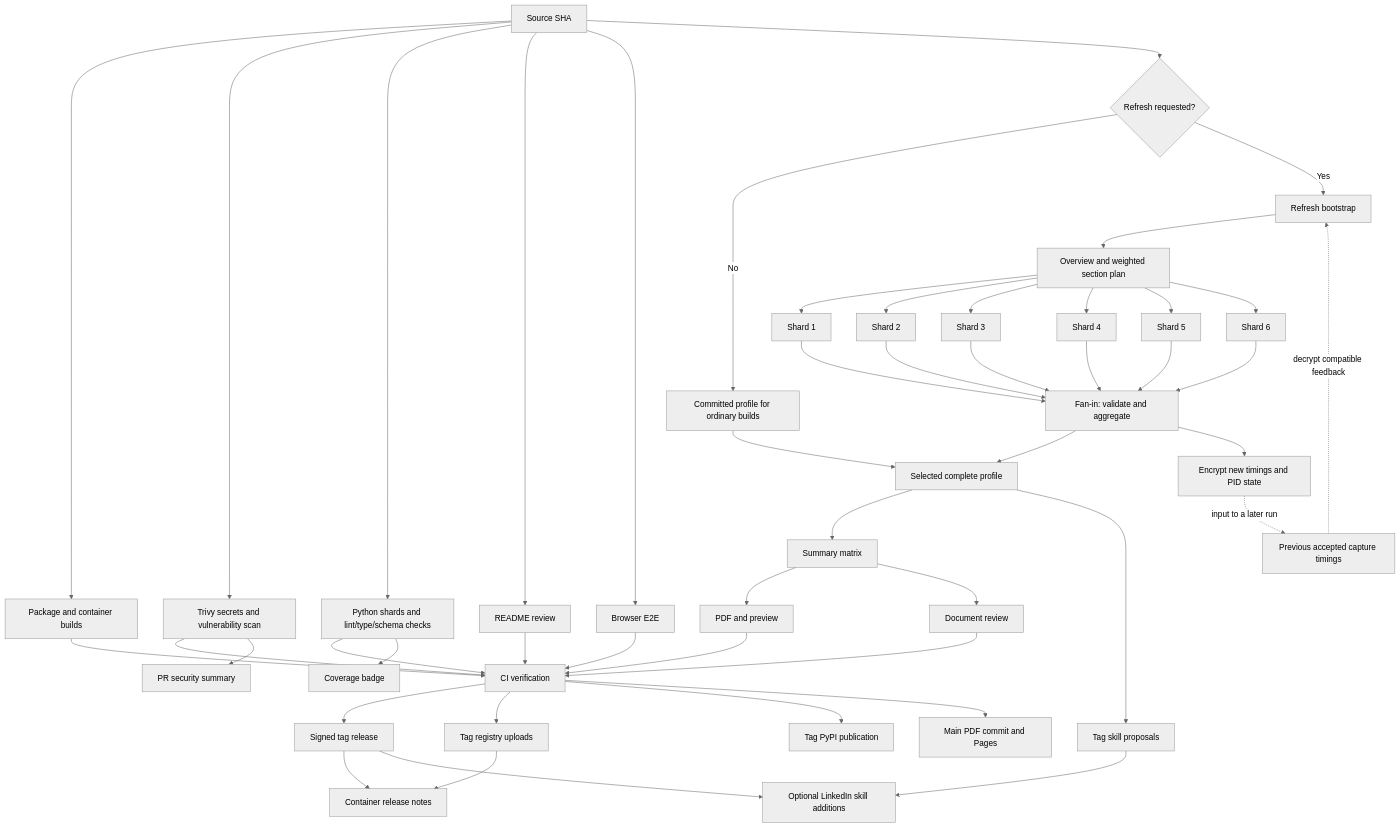
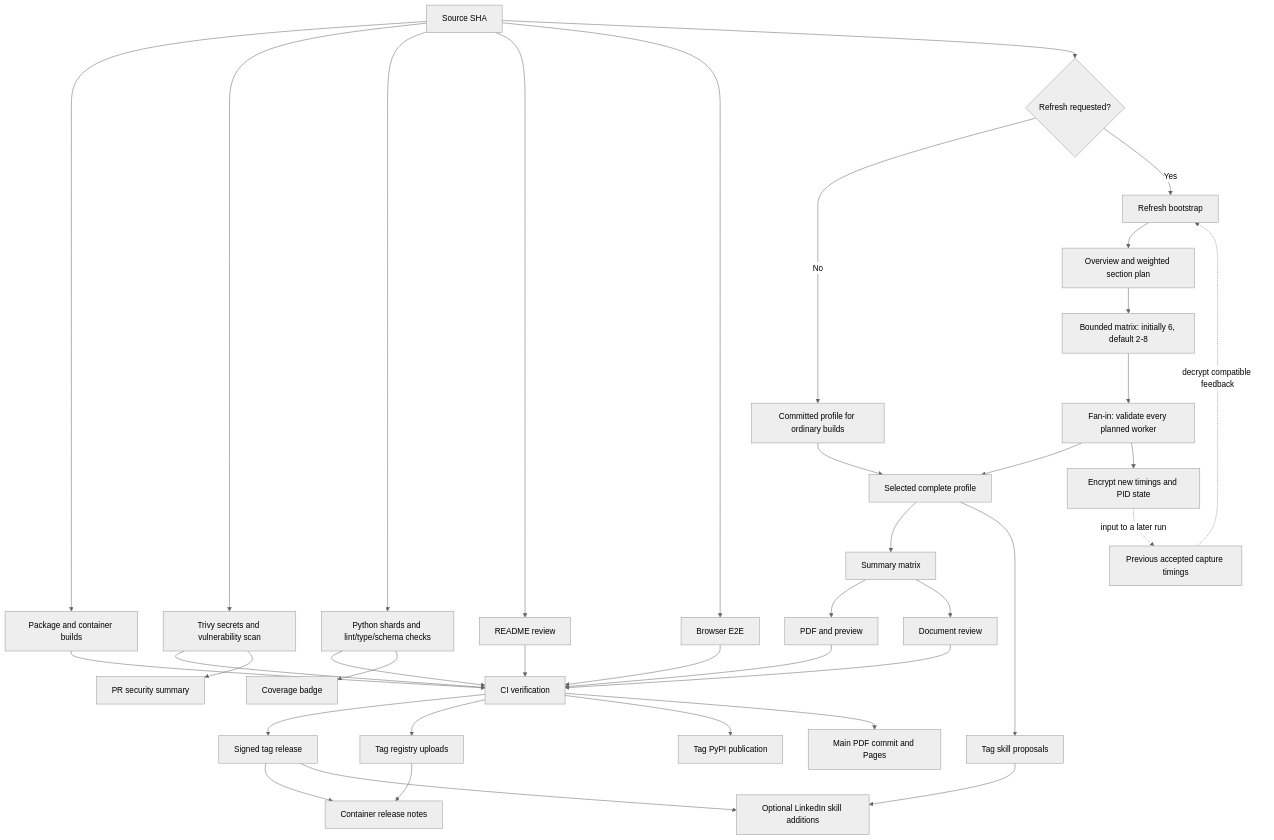
Before and after one commit to astrivant/resume: the diagram in docs/automation.md, drawn with Mermaid (neutral theme). The commit also changed other lines of this file and 41 other files, not shown here.

````diff
--- a/docs/automation.md
+++ b/docs/automation.md
@@ -104,50 +110,40 @@
 ```mermaid
 flowchart TD
     source[Source SHA] --> builds[Package and container builds]
     source --> trivy[Trivy secrets and vulnerability scan]
     source --> tests[Python shards and lint/type/schema checks]
     source --> readme[README review]
     source --> browsers[Browser E2E]
     source --> refresh{Refresh requested?}
     refresh -->|No| stored[Committed profile for ordinary builds]
     refresh -->|Yes| bootstrap[Refresh bootstrap]
     history[Previous accepted capture timings] -. decrypt compatible feedback .-> bootstrap
     bootstrap --> plan[Overview and weighted section plan]
-    plan --> shard1[Shard 1]
-    plan --> shard2[Shard 2]
-    plan --> shard3[Shard 3]
-    plan --> shard4[Shard 4]
-    plan --> shard5[Shard 5]
-    plan --> shard6[Shard 6]
-    shard1 --> aggregate[Fan-in: validate and aggregate]
-    shard2 --> aggregate
-    shard3 --> aggregate
-    shard4 --> aggregate
-    shard5 --> aggregate
-    shard6 --> aggregate
+    plan --> matrix[Bounded matrix: initially 6, default 2-8]
+    matrix --> aggregate[Fan-in: validate every planned worker]
     stored --> profile[Selected complete profile]
     aggregate --> profile
     aggregate --> feedback[Encrypt new timings and PID state]
     feedback -. input to a later run .-> history
     profile --> summaries[Summary matrix]
     profile --> skills[Tag skill proposals]
     summaries --> pdf[PDF and preview]
     summaries --> review[Document review]
     builds --> gate[CI verification]
     trivy --> gate
     trivy --> comment[PR security summary]
     tests --> gate
     tests --> coverage[Coverage badge]
     readme --> gate
     browsers --> gate
     pdf --> gate
     review --> gate
     gate --> release[Signed tag release]
     gate --> registries[Tag registry uploads]
     gate --> pypi[Tag PyPI publication]
     gate --> main[Main PDF commit and Pages]
     release --> notes[Container release notes]
     registries --> notes
     release --> publishskills[Optional LinkedIn skill additions]
     skills --> publishskills
 ```
````
